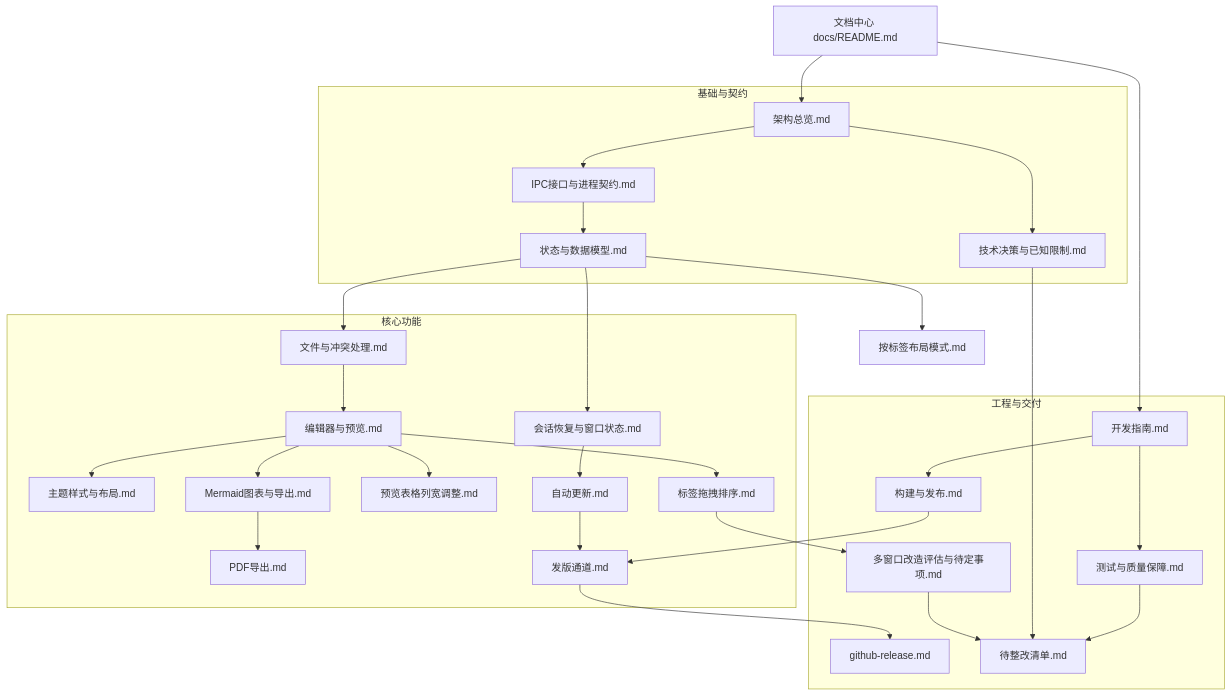
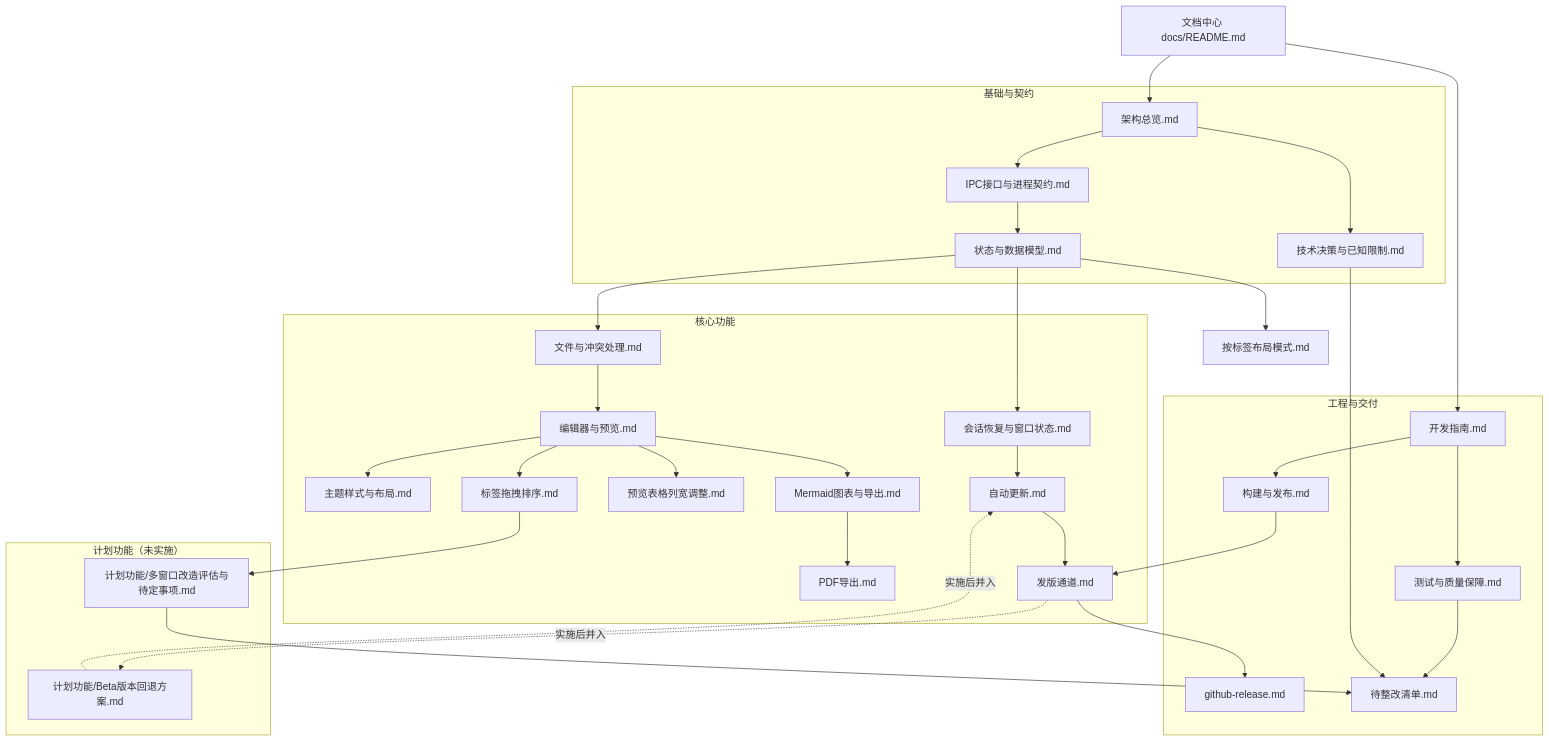
One commit to Harley-xk/mark-it changed the diagram in docs/README.md. Above: the diagram before and after it, drawn with Mermaid. The commit also changed other lines of this file and 3 other files, not shown here.

````diff
--- a/docs/README.md
+++ b/docs/README.md
@@ -14,58 +14,64 @@
 ```mermaid
 flowchart TD
   IDX["文档中心 docs/README.md"]
 
   subgraph 基础与契约
     ARCH["架构总览.md"]
     DEC["技术决策与已知限制.md"]
     IPC["IPC接口与进程契约.md"]
     DATA["状态与数据模型.md"]
   end
 
   subgraph 核心功能
     FILE["文件与冲突处理.md"]
     SESSION["会话恢复与窗口状态.md"]
     EDIT["编辑器与预览.md"]
     THEME["主题样式与布局.md"]
     MERMAID["Mermaid图表与导出.md"]
     PDF["PDF导出.md"]
     TABLE["预览表格列宽调整.md"]
     TABORDER["标签拖拽排序.md"]
     UPDATE["自动更新.md"]
     CHANNEL["发版通道.md"]
   end
 
   subgraph 工程与交付
     BUILD["构建与发布.md"]
     RELEASE["github-release.md"]
     DEV["开发指南.md"]
     QA["测试与质量保障.md"]
     TODO["待整改清单.md"]
-    MULTI["多窗口改造评估与待定事项.md"]
+  end
+
+  subgraph PLANNED["计划功能（未实施）"]
+    MULTI["计划功能/多窗口改造评估与待定事项.md"]
+    ROLLBACK["计划功能/Beta版本回退方案.md"]
   end
 
   IDX --> ARCH
   IDX --> DEV
   ARCH --> DEC
   ARCH --> IPC
   IPC --> DATA
   DATA --> FILE
   DATA --> SESSION
   DATA --> LAYOUT["按标签布局模式.md"]
   FILE --> EDIT
   EDIT --> THEME
   EDIT --> MERMAID
   EDIT --> TABLE
   EDIT --> TABORDER
   MERMAID --> PDF
   SESSION --> UPDATE
   UPDATE --> CHANNEL
   DEV --> QA
   DEV --> BUILD
   BUILD --> CHANNEL
   CHANNEL --> RELEASE
   QA --> TODO
   DEC --> TODO
   TABORDER --> MULTI
   MULTI --> TODO
+  CHANNEL -. "实施后并入" .-> ROLLBACK
+  ROLLBACK -. "实施后并入" .-> UPDATE
 ```
````
